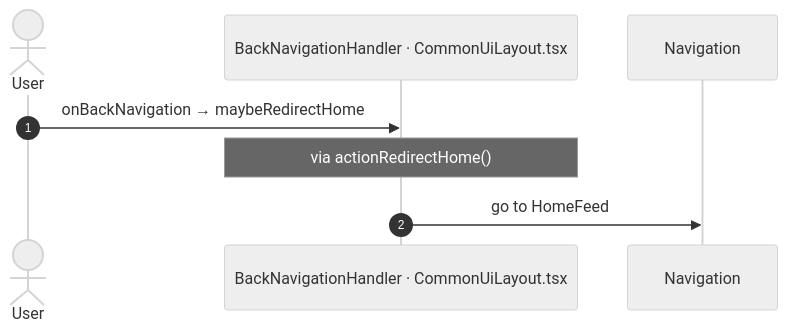
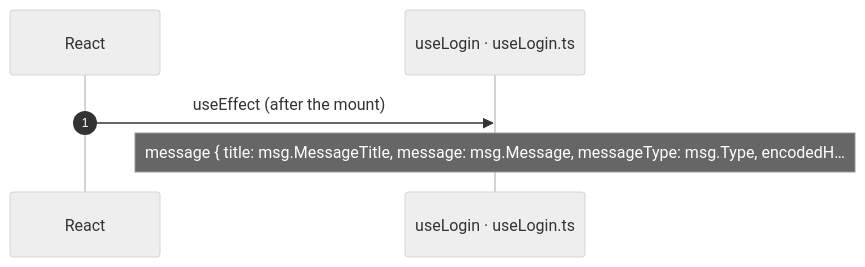
The tenth of 10 diagrams in route-actions/routes/Login.md (Phoenix-DX/connect-new-ui), drawn with Mermaid (neutral theme) before and after one commit. The commit also changed other lines of this file and 52 other files, not shown here.

Commit message:
route actions: all 51 routes in layout v2 (40 differences: 38 calls, 2 navigation parameters)

````diff
--- a/route-actions/routes/Login.md
+++ b/route-actions/routes/Login.md
@@ -259,10 +332,8 @@
 ```mermaid
 sequenceDiagram
   autonumber
-  actor U as User
-  participant H as BackNavigationHandler · CommonUiLayout.tsx
-  participant N as Navigation
-  U->>H: onBackNavigation → maybeRedirectHome
-  Note over H: via actionRedirectHome()
-  H->>N: go to HomeFeed
+  participant R as React
+  participant H as useLogin · useLogin.ts
+  R->>H: useEffect (after the mount)
+  Note over H: message { title: msg.MessageTitle, message: msg.Message, messageType: msg.Type, encodedH…
 ```
````
